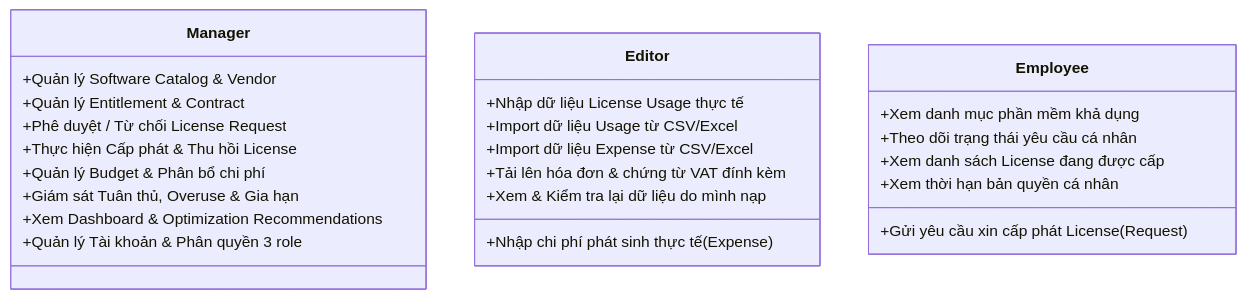
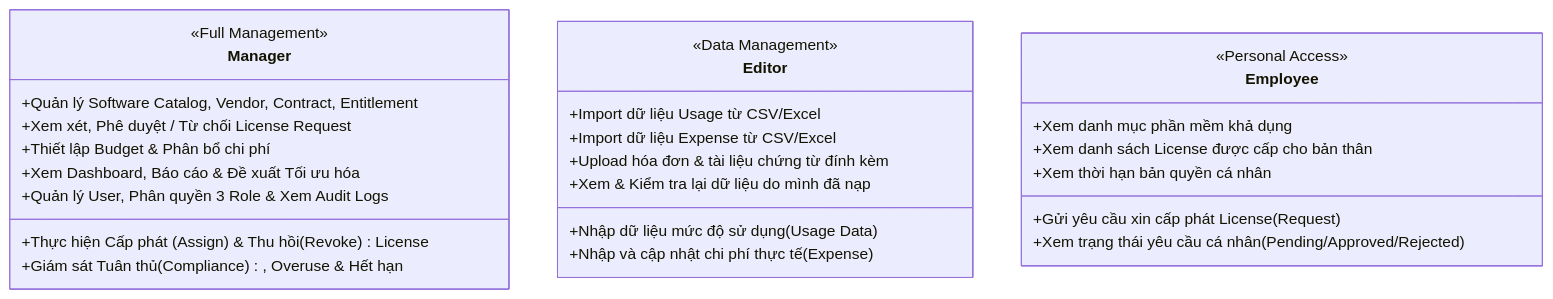
Before and after one commit to cuonglpv/VFast: the second of 3 diagrams in README.md, drawn with Mermaid. The commit also changed other lines of this file and 3 other files, not shown here.

````diff
--- a/README.md
+++ b/README.md
@@ -181,30 +117,30 @@
 ```mermaid
 classDiagram
     class Manager {
-        +Quản lý Software Catalog & Vendor
-        +Quản lý Entitlement & Contract
-        +Phê duyệt / Từ chối License Request
-        +Thực hiện Cấp phát & Thu hồi License
-        +Quản lý Budget & Phân bổ chi phí
-        +Giám sát Tuân thủ, Overuse & Gia hạn
-        +Xem Dashboard & Optimization Recommendations
-        +Quản lý Tài khoản & Phân quyền 3 role
+        <<Full Management>>
+        +Quản lý Software Catalog, Vendor, Contract, Entitlement
+        +Xem xét, Phê duyệt / Từ chối License Request
+        +Thực hiện Cấp phát (Assign) & Thu hồi (Revoke) License
+        +Thiết lập Budget & Phân bổ chi phí
+        +Giám sát Tuân thủ (Compliance), Overuse & Hết hạn
+        +Xem Dashboard, Báo cáo & Đề xuất Tối ưu hóa
+        +Quản lý User, Phân quyền 3 Role & Xem Audit Logs
     }
-
     class Editor {
-        +Nhập dữ liệu License Usage thực tế
+        <<Data Management>>
+        +Nhập dữ liệu mức độ sử dụng (Usage Data)
         +Import dữ liệu Usage từ CSV/Excel
-        +Nhập chi phí phát sinh thực tế (Expense)
+        +Nhập và cập nhật chi phí thực tế (Expense)
         +Import dữ liệu Expense từ CSV/Excel
-        +Tải lên hóa đơn & chứng từ VAT đính kèm
-        +Xem & Kiểm tra lại dữ liệu do mình nạp
+        +Upload hóa đơn & tài liệu chứng từ đính kèm
+        +Xem & Kiểm tra lại dữ liệu do mình đã nạp
     }
-
     class Employee {
+        <<Personal Access>>
         +Xem danh mục phần mềm khả dụng
         +Gửi yêu cầu xin cấp phát License (Request)
-        +Theo dõi trạng thái yêu cầu cá nhân
-        +Xem danh sách License đang được cấp
+        +Xem trạng thái yêu cầu cá nhân (Pending/Approved/Rejected)
+        +Xem danh sách License được cấp cho bản thân
         +Xem thời hạn bản quyền cá nhân
     }
 ```
````
